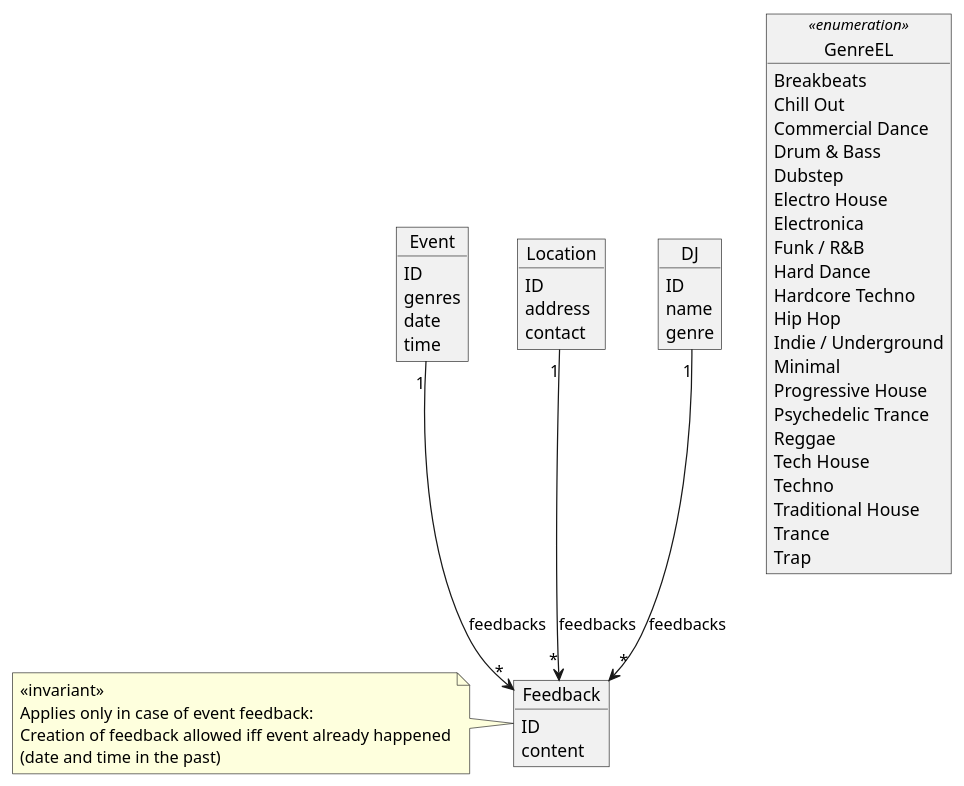
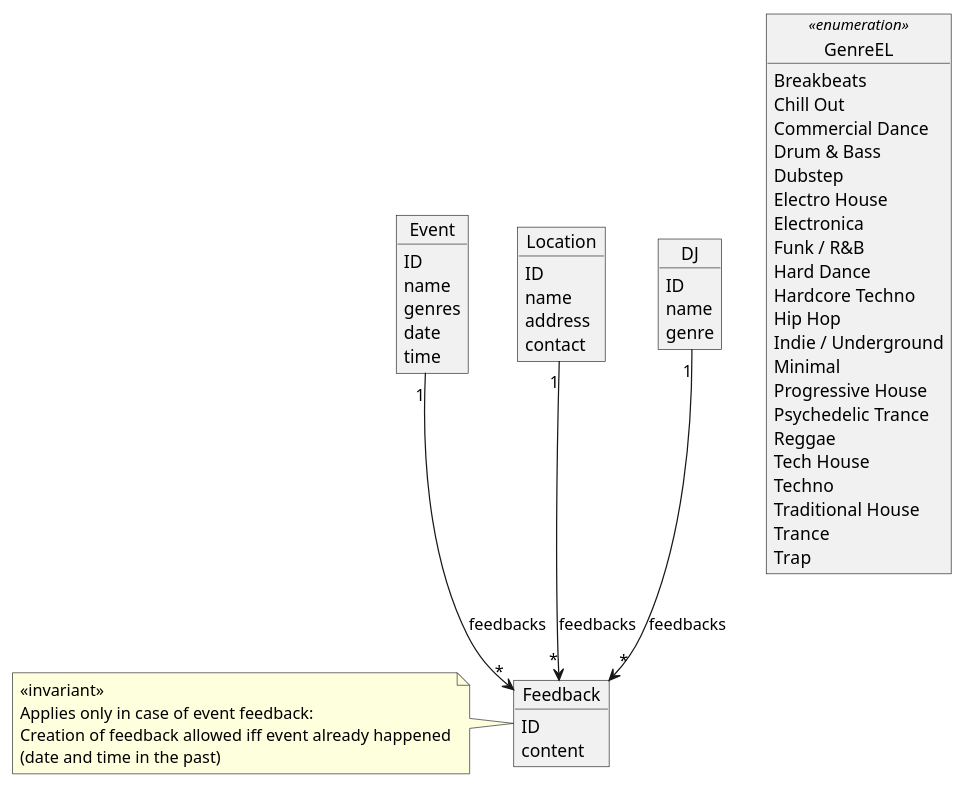
The diagram in uml/dim.puml (germede/djlokal), drawn with PlantUML before and after one commit. The commit also changed 1 other file, not shown here.

Commit message:
Add name field to location and event

```diff
--- a/uml/dim.puml
+++ b/uml/dim.puml
@@ -1,63 +1,65 @@
 @startuml model
 
 object GenreEL <<enumeration>> {
   Breakbeats
   Chill Out
   Commercial Dance
   Drum & Bass
   Dubstep
   Electro House
   Electronica
   Funk / R&B
   Hard Dance
   Hardcore Techno
   Hip Hop
   Indie / Underground
   Minimal
   Progressive House
   Psychedelic Trance
   Reggae
   Tech House
   Techno
   Traditional House
   Trance
   Trap
 }
 
 object Event {
   ID
+  name
   genres
   date
   time
 }
 
 object Location {
   ID
+  name
   address
   contact
 }
 
 object DJ {
   ID
   name
   genre
 }
 
 object Feedback {
   ID
   content
 }
 
 note left
   <<invariant>>
   Applies only in case of event feedback:
   Creation of feedback allowed iff event already happened
   (date and time in the past)
 end note
 
 
 Event "1" --> "*" Feedback : feedbacks
 Location "1" --> "*" Feedback : feedbacks
 DJ "1" --> "*" Feedback : feedbacks
 
 @enduml
```
